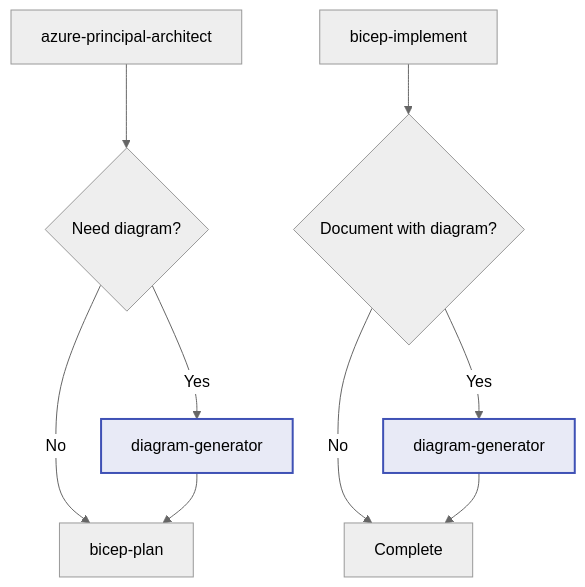
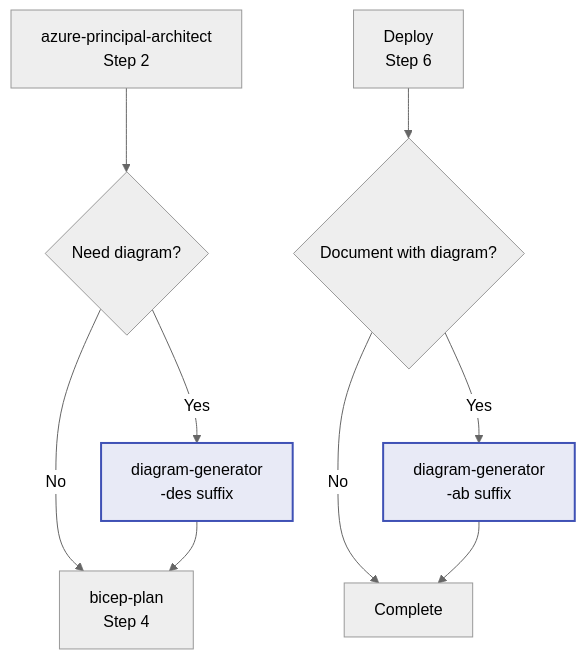
Before and after one commit to jonathan-vella/apex-accelerator: the diagram in .github/agents/diagram-generator.agent.md, drawn with Mermaid. The commit also changed other lines of this file and 213 other files, not shown here.

````diff
--- a/.github/agents/diagram-generator.agent.md
+++ b/.github/agents/diagram-generator.agent.md
@@ -288,15 +323,15 @@
 ```mermaid
 %%{init: {'theme':'neutral'}}%%
 graph TD
-    A[azure-principal-architect] --> D{Need diagram?}
-    D -->|Yes| G[diagram-generator]
-    D -->|No| B[bicep-plan]
+    A[azure-principal-architect<br/>Step 2] --> D{Need diagram?}
+    D -->|Yes| G[diagram-generator<br/>-des suffix]
+    D -->|No| B[bicep-plan<br/>Step 4]
     G --> B
-    I[bicep-implement] --> F{Document with diagram?}
-    F -->|Yes| G2[diagram-generator]
+    DEP[Deploy<br/>Step 6] --> F{Document with diagram?}
+    F -->|Yes| G2[diagram-generator<br/>-ab suffix]
     F -->|No| Done[Complete]
     G2 --> Done
 
     style G fill:#e8eaf6,stroke:#3f51b5,stroke-width:2px
     style G2 fill:#e8eaf6,stroke:#3f51b5,stroke-width:2px
 ```
````
